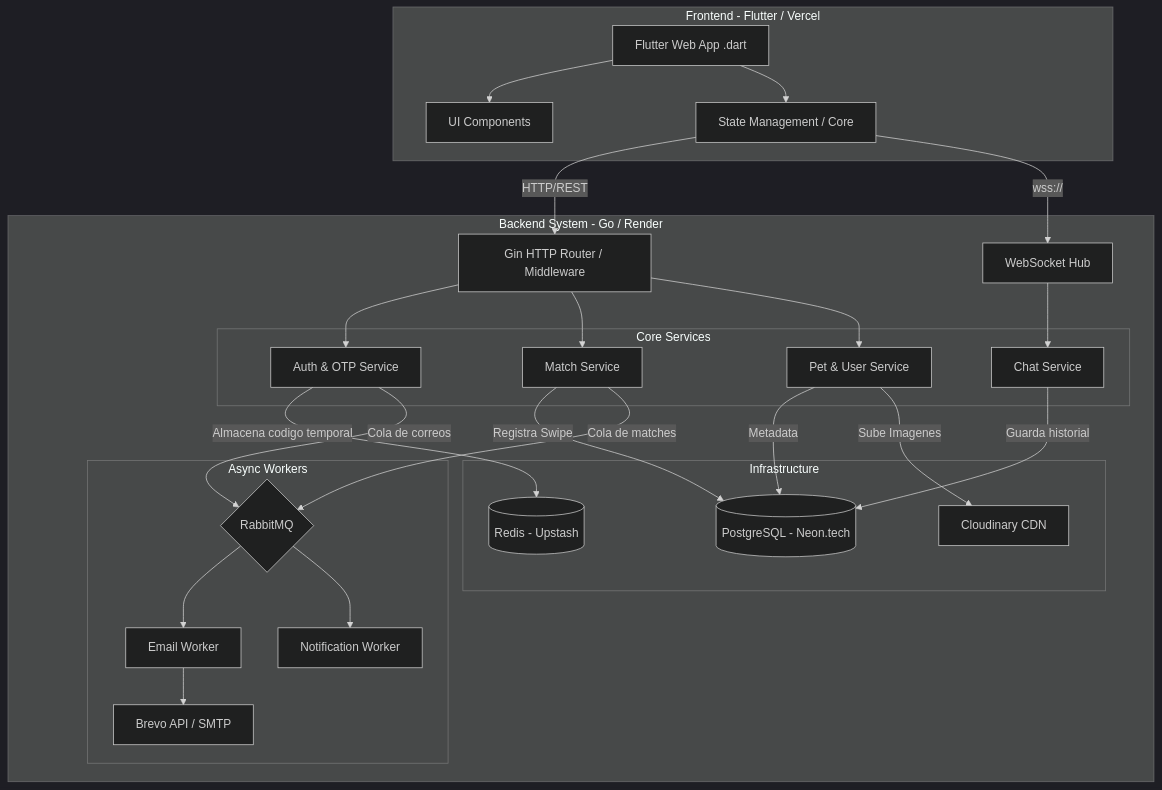
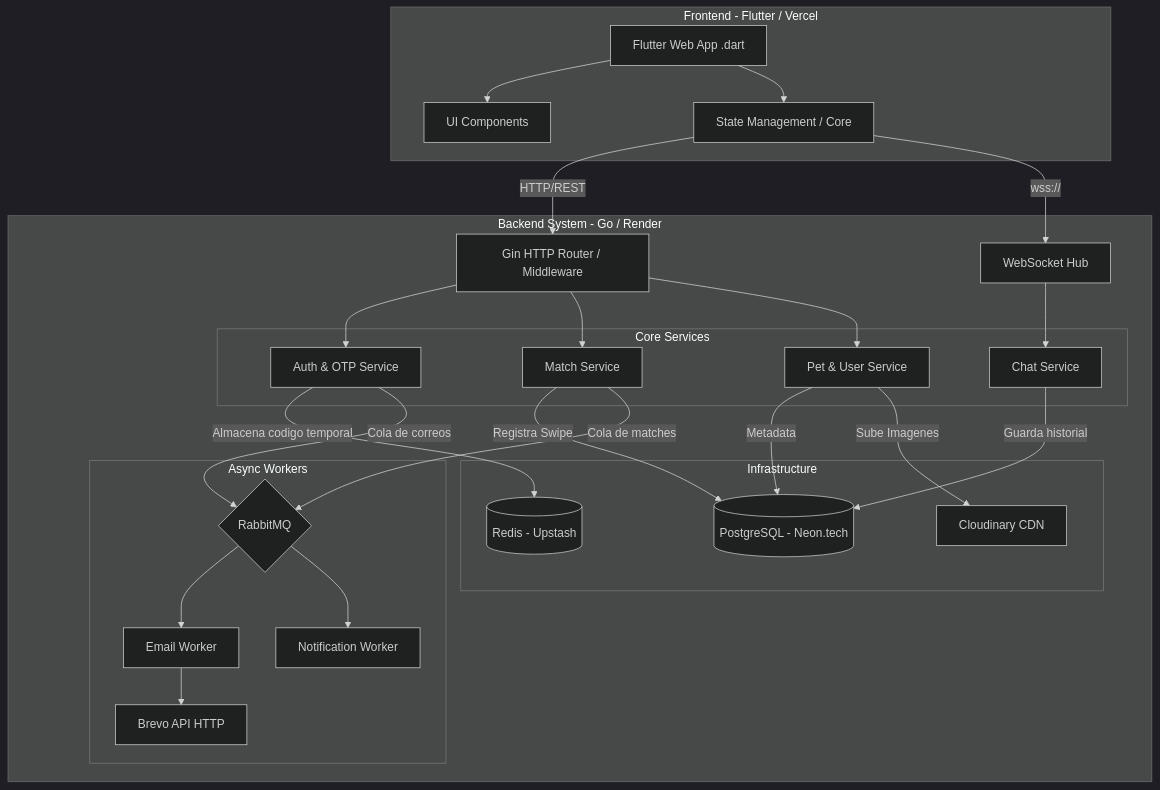
Before and after one commit to RicketyMajor/PAWS-2.0: the diagram in README.md, drawn with Mermaid (dark theme). The commit also changed other lines of this file and 6 other files, not shown here.

````diff
--- a/README.md
+++ b/README.md
@@ -60,57 +60,57 @@
 ```mermaid
 graph TD
     subgraph Frontend - Flutter / Vercel
         App[Flutter Web App .dart]
         UI[UI Components]
         State[State Management / Core]
         App --> UI
         App --> State
     end
 
     subgraph Backend System - Go / Render
         API[Gin HTTP Router / Middleware]
         WS[WebSocket Hub]
         
         subgraph Core Services
             Auth[Auth & OTP Service]
             Match[Match Service]
             Chat[Chat Service]
             Pet[Pet & User Service]
         end
 
         subgraph Infrastructure
             DB[(PostgreSQL - Neon.tech)]
             Redis[(Redis - Upstash)]
             Cloudinary[Cloudinary CDN]
         end
 
         subgraph Async Workers
             RabbitMQ{RabbitMQ}
             Worker1[Email Worker]
             Worker2[Notification Worker]
-            Brevo[Brevo API / SMTP]
+            Brevo[Brevo API HTTP]
         end
     end
 
     %% Conexiones Cliente-Servidor
     State -- HTTP/REST --> API
     State -- wss:// --> WS
 
     %% Flujo Interno del Backend
     API --> Auth
     API --> Match
     API --> Pet
     WS --> Chat
 
     Auth -- Almacena codigo temporal --> Redis
     Match -- Registra Swipe --> DB
     Chat -- Guarda historial --> DB
     Pet -- Metadata --> DB
     Pet -- Sube Imagenes --> Cloudinary
 
     Auth -- Cola de correos --> RabbitMQ
     Match -- Cola de matches --> RabbitMQ
     RabbitMQ --> Worker1
     RabbitMQ --> Worker2
     Worker1 --> Brevo
 ```
````
